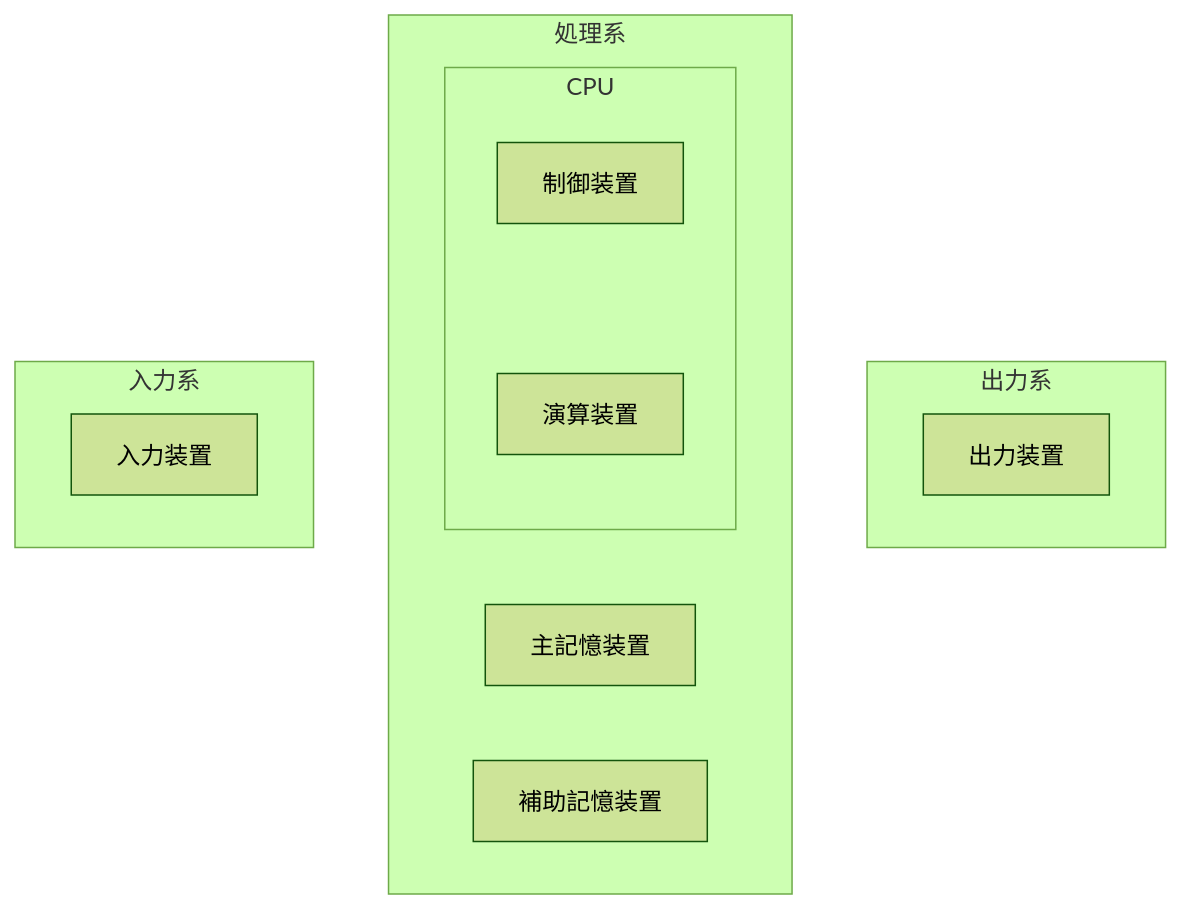
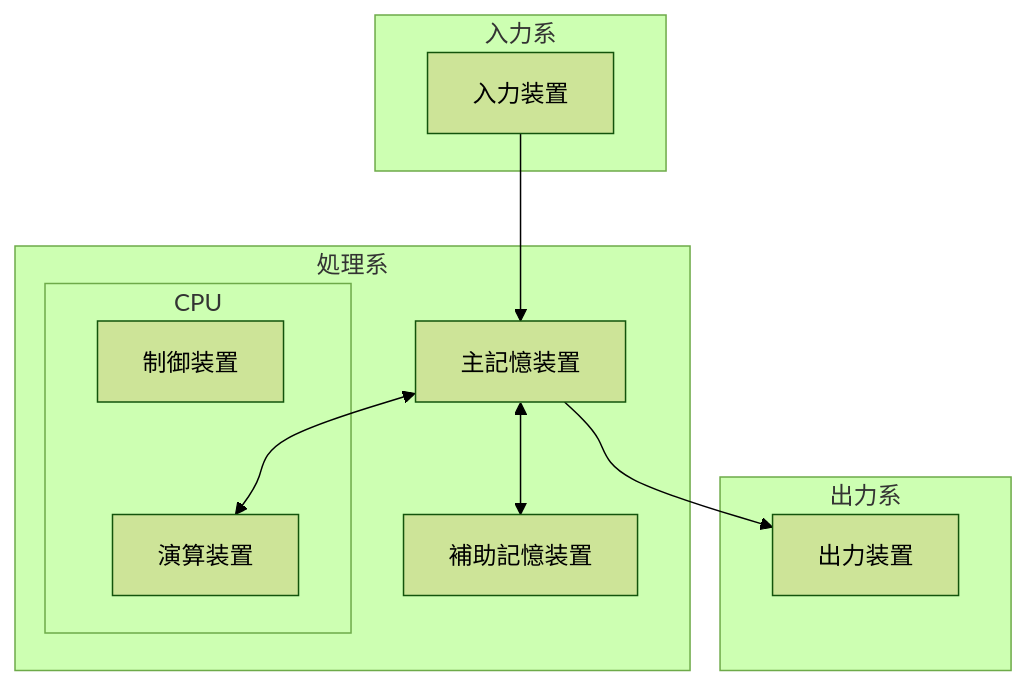
The diagram in concepts/computer_architecture.md (Bassiy/share_knowledge), drawn with Mermaid (forest theme) before and after one commit.

Commit message:
sync: update from info repo

````diff
--- a/concepts/computer_architecture.md
+++ b/concepts/computer_architecture.md
@@ -10,20 +10,25 @@
 ```mermaid
 flowchart TB
     subgraph 出力系
         OUT[出力装置]
     end
 
     subgraph 処理系
         subgraph CPU
             ALU[演算装置]
             CTL[制御装置]
             CTL ~~~ ALU
         end
         MEM[主記憶装置]
         AUX[補助記憶装置]
     end
 
     subgraph 入力系
         IN[入力装置]
     end
+
+    IN --> MEM
+    MEM <--> ALU
+    MEM --> OUT
+    MEM <--> AUX
 ```
````
